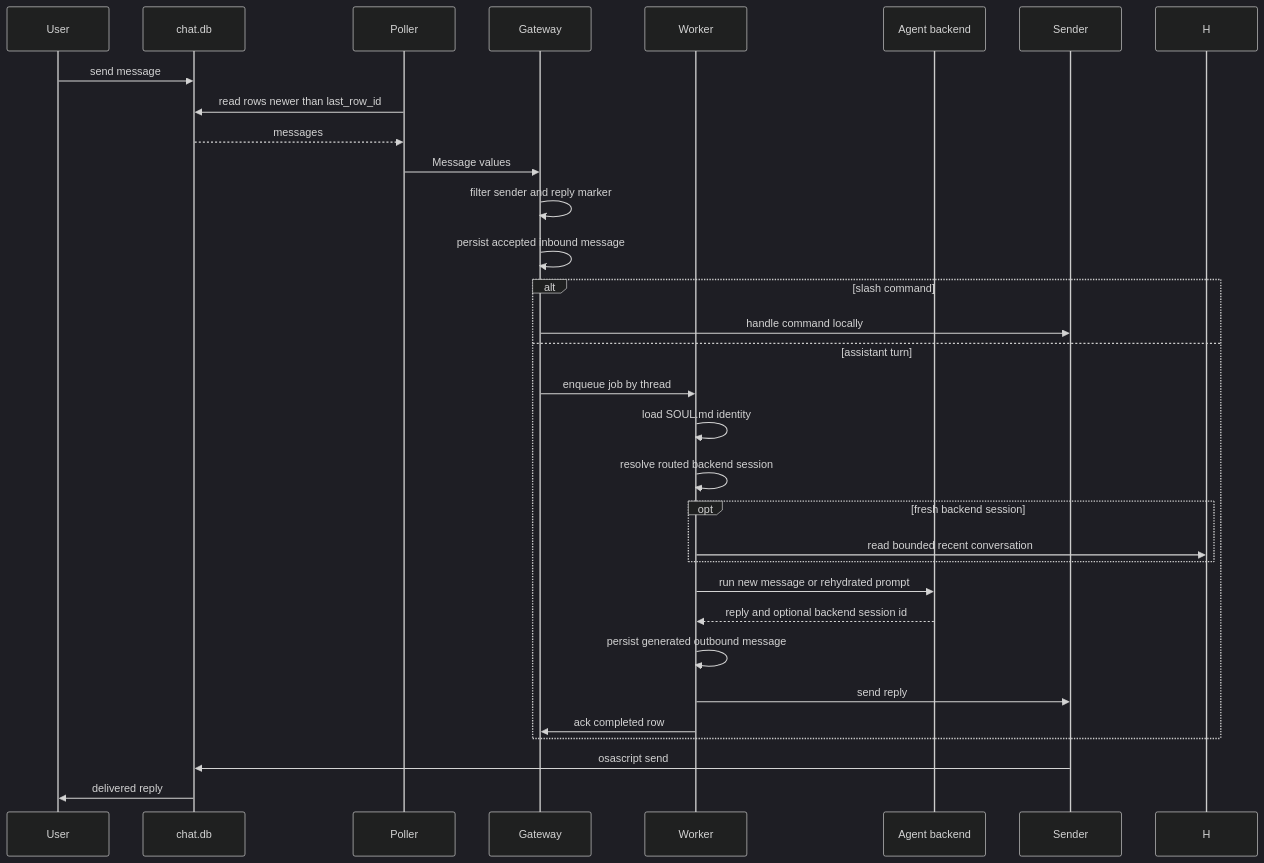
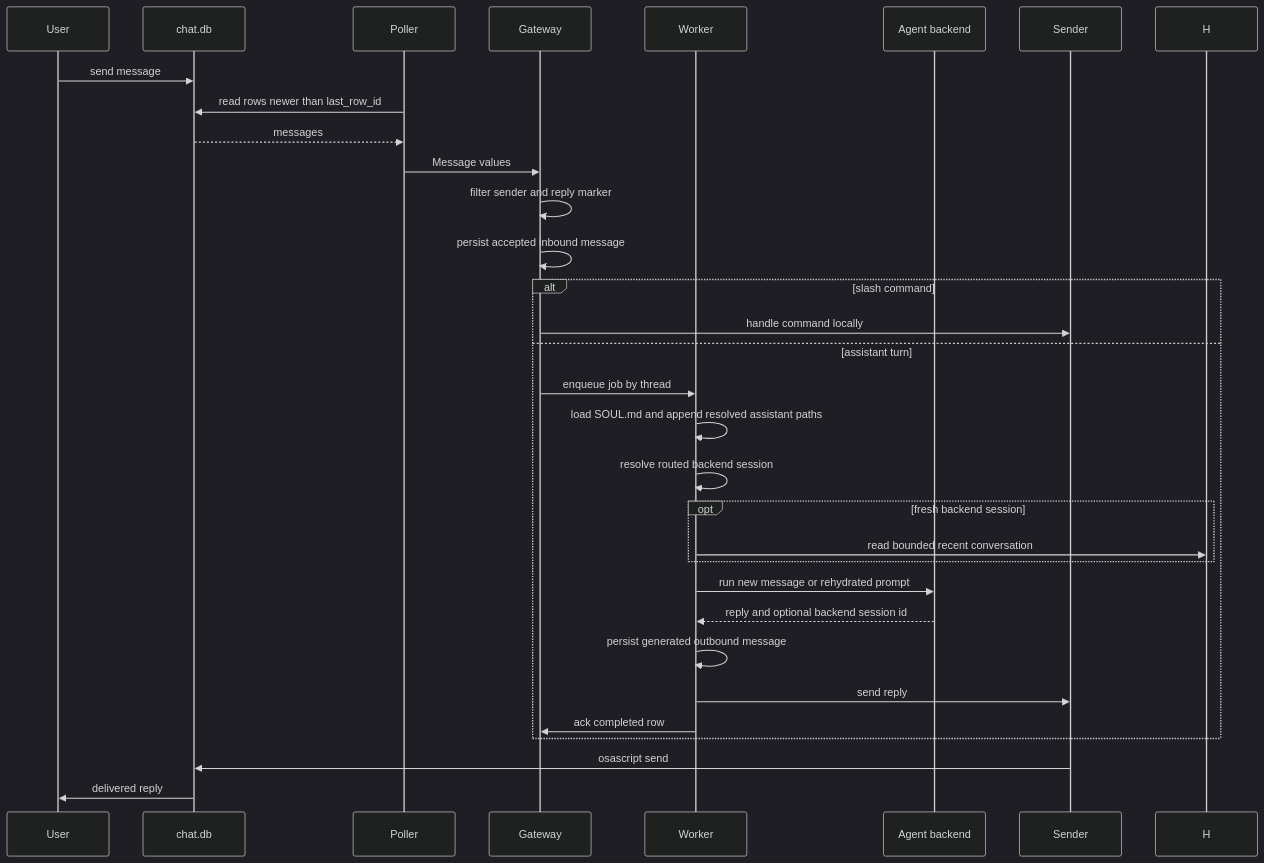
One commit to edheltzel/Relay changed the second of 2 diagrams in docs/architecture.md. Above: the diagram before and after it, drawn with Mermaid (dark theme). The commit also changed other lines of this file and 25 other files, not shown here.

````diff
--- a/docs/architecture.md
+++ b/docs/architecture.md
@@ -84,34 +90,34 @@
 ```mermaid
 sequenceDiagram
     participant U as User
     participant DB as chat.db
     participant P as Poller
     participant G as Gateway
     participant W as Worker
     participant A as Agent backend
     participant S as Sender
 
     U->>DB: send message
     P->>DB: read rows newer than last_row_id
     DB-->>P: messages
     P->>G: Message values
     G->>G: filter sender and reply marker
     G->>G: persist accepted inbound message
     alt slash command
         G->>S: handle command locally
     else assistant turn
         G->>W: enqueue job by thread
-        W->>W: load SOUL.md identity
+        W->>W: load SOUL.md and append resolved assistant paths
         W->>W: resolve routed backend session
         opt fresh backend session
             W->>H: read bounded recent conversation
         end
         W->>A: run new message or rehydrated prompt
         A-->>W: reply and optional backend session id
         W->>W: persist generated outbound message
         W->>S: send reply
         W->>G: ack completed row
     end
     S->>DB: osascript send
     DB->>U: delivered reply
 ```
````
